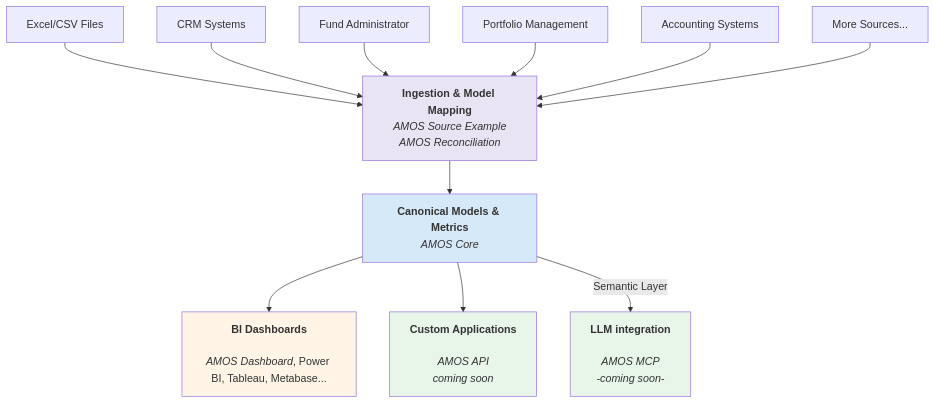
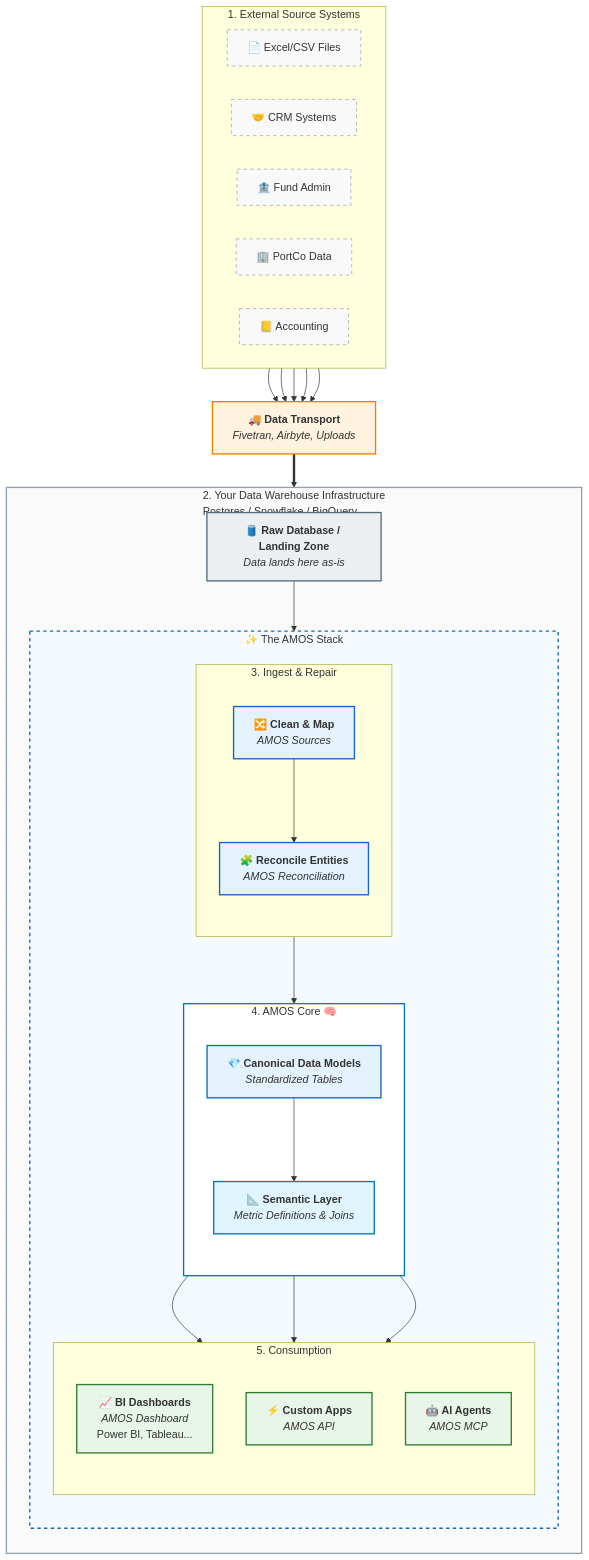
One commit to open-amos/amos changed the diagram in README.md. Above: the diagram before and after it, drawn with Mermaid. The commit also changed other lines of this file, not shown here.

````diff
--- a/README.md
+++ b/README.md
@@ -60,35 +60,93 @@
 ```mermaid
-  graph TD
-      S1[Excel/CSV Files]
-      S2[CRM Systems]
-      S3[Fund Administrator]
-      S4[Portfolio Management]
-      S5[Accounting Systems]
-      S6[More Sources...]
-      
-      ING[<b>Ingestion & Model Mapping</b><br/><i>AMOS Source Example</i><br><i>AMOS Reconciliation</i>]
-      CORE[<b>Canonical Models & Metrics</b><br/><i>AMOS Core</i>]
-      
-      DASH[<b>BI Dashboards</b><br/><br/><i>AMOS Dashboard</i>, Power BI, Tableau, Metabase...]
-      APP[<b>Custom Applications<br/></b><br/><i>AMOS API</i><br/><i>coming soon</i>]
-      AI[<b>LLM integration</b><br/><br/><i>AMOS MCP</i><br/><i>-coming soon-</i>]
-      
-      S1 --> ING
-      S2 --> ING
-      S3 --> ING
-      S4 --> ING
-      S5 --> ING
-      S6 --> ING
-      
-      ING --> CORE
-      
-      CORE --> DASH
-      CORE --> APP
-      CORE -->|Semantic Layer| AI
-      
-      style ING fill:#E8E4F3
-      style CORE fill:#D6E9F8
-      style DASH fill:#FFF4E6
-      style APP fill:#E8F5E9
-      style AI fill:#E8F5E9
+graph TD
+    %% --- STYLES ---
+    classDef sourceNode fill:#f9f9f9,stroke:#999,stroke-width:1px,stroke-dasharray: 5 5;
+    classDef transportNode fill:#fff3e0,stroke:#f57c00,stroke-width:2px;
+    classDef infraNode fill:#eceff1,stroke:#546e7a,stroke-width:2px;
+    classDef engineNode fill:#e3f2fd,stroke:#1565c0,stroke-width:2px;
+    classDef semanticNode fill:#e1f5fe,stroke:#0277bd,stroke-width:2px;
+    classDef outputNode fill:#e8f5e9,stroke:#2e7d32,stroke-width:2px;
+    
+    %% Style for the AMOS Product Boundary
+    classDef amosContainer fill:#f5faff,stroke:#1565c0,stroke-width:2px,stroke-dasharray: 5 5;
+    %% Style for the Core Repo Boundary (The Brain)
+    classDef coreContainer fill:#ffffff,stroke:#0277bd,stroke-width:2px;
+    %% Style for the User's Warehouse Boundary
+    classDef warehouseContainer fill:#fafafa,stroke:#90a4ae,stroke-width:2px;
+
+    %% --- 1. EXTERNAL SYSTEMS ---
+    subgraph External_Source_Systems [1. External Source Systems]
+        direction LR
+        S1[📄 Excel/CSV Files]
+        S2[🤝 CRM Systems]
+        S3[🏦 Fund Admin]
+        S4[🏢 PortCo Data]
+        S5[📒 Accounting]
+    end
+
+    %% --- TRANSPORT LAYER ---
+    TRANSPORT[<b>🚚 Data Transport</b><br/><i>Fivetran, Airbyte, Uploads</i>]
+
+    %% --- THE WAREHOUSE ---
+    subgraph User_Warehouse_Infra [2. Your Data Warehouse Infrastructure <br>Postgres / Snowflake / BigQuery]
+        direction TB
+
+        %% Landing Zone
+        RAW[<b>🛢️ Raw Database / Landing Zone</b><br/><i>Data lands here as-is</i>]
+
+        %% --- THE AMOS PRODUCT ---
+        subgraph AMOS_Stack [✨ The AMOS Stack]
+            direction TB
+
+            %% Ingestion & Prep
+            subgraph Prep_Layer [3. Ingest & Repair]
+                direction TB
+                ING[<b>🔀 Clean & Map</b><br/><i>AMOS Sources</i>]
+                RECON[<b>🧩 Reconcile Entities</b><br/><i>AMOS Reconciliation</i>]
+            end
+
+            %% AMOS CORE (The "Brain" Wrapper)
+            subgraph AMOS_Core_Repo [4. AMOS Core 🧠]
+                direction TB
+                MODEL[<b>💎 Canonical Data Models</b><br/><i>Standardized Tables </i>]
+                METRICS[<b>📐 Semantic Layer</b><br/><i>Metric Definitions & Joins</i>]
+                
+                MODEL --> METRICS
+            end
+            
+            %% Consumption Layer
+            subgraph Consumption_Layer [5. Consumption]
+                direction TB
+                DASH[<b>📈 BI Dashboards</b><br/><i>AMOS Dashboard</i><br>Power BI, Tableau...]
+                APP[<b>⚡ Custom Apps</b><br/><i>AMOS API</i>]
+                AI[<b>🤖 AI Agents</b><br/><i>AMOS MCP</i>]
+            end
+        end
+    end
+
+    %% --- CONNECTIONS ---
+    S1 & S2 & S3 & S4 & S5 --> TRANSPORT
+    TRANSPORT ==> RAW
+    
+    %% Flow into AMOS
+    RAW --> ING
+    ING --> RECON
+    RECON --> MODEL
+    
+    %% Flow to Consumption
+    METRICS --> DASH
+    METRICS --> APP
+    METRICS --> AI
+
+    %% --- CLASS ASSIGNMENT ---
+    class S1,S2,S3,S4,S5 sourceNode;
+    class TRANSPORT transportNode;
+    class RAW infraNode;
+    class ING,RECON,MODEL engineNode;
+    class METRICS semanticNode;
+    class DASH,APP,AI outputNode;
+    
+    class AMOS_Stack amosContainer;
+    class User_Warehouse_Infra warehouseContainer;
+    class AMOS_Core_Repo coreContainer;
 ```
````
